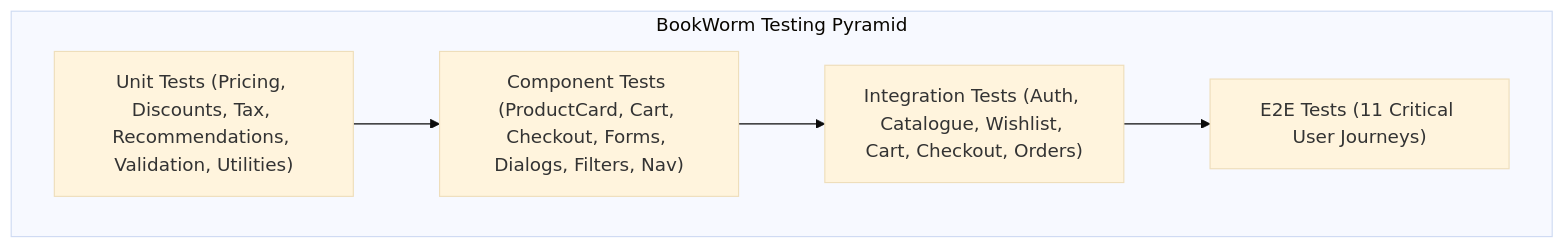
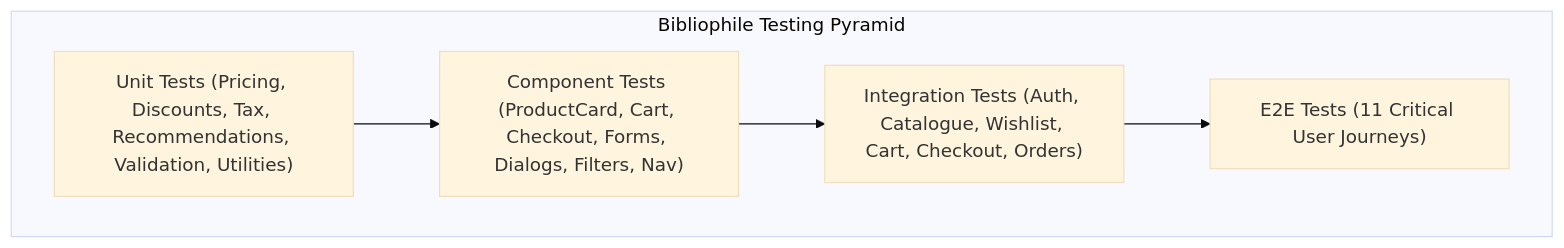
Before and after one commit to deepajaidev23-collab/E-Store-Capstone-project: the first of 2 diagrams in testing-strategy-plan.md, drawn with Mermaid (base theme). The commit also changed other lines of this file and 17 other files, not shown here.

````diff
--- a/testing-strategy-plan.md
+++ b/testing-strategy-plan.md
@@ -20,13 +20,13 @@
 ```mermaid
 flowchart TD
-    subgraph Testing_Pyramid [BookWorm Testing Pyramid]
+    subgraph Testing_Pyramid [Bibliophile Testing Pyramid]
         E2E["E2E Tests (11 Critical User Journeys)"]
         INT["Integration Tests (Auth, Catalogue, Wishlist, Cart, Checkout, Orders)"]
         COMP["Component Tests (ProductCard, Cart, Checkout, Forms, Dialogs, Filters, Nav)"]
         UNIT["Unit Tests (Pricing, Discounts, Tax, Recommendations, Validation, Utilities)"]
     end
 
     UNIT --> COMP
     COMP --> INT
     INT --> E2E
 ```
````
